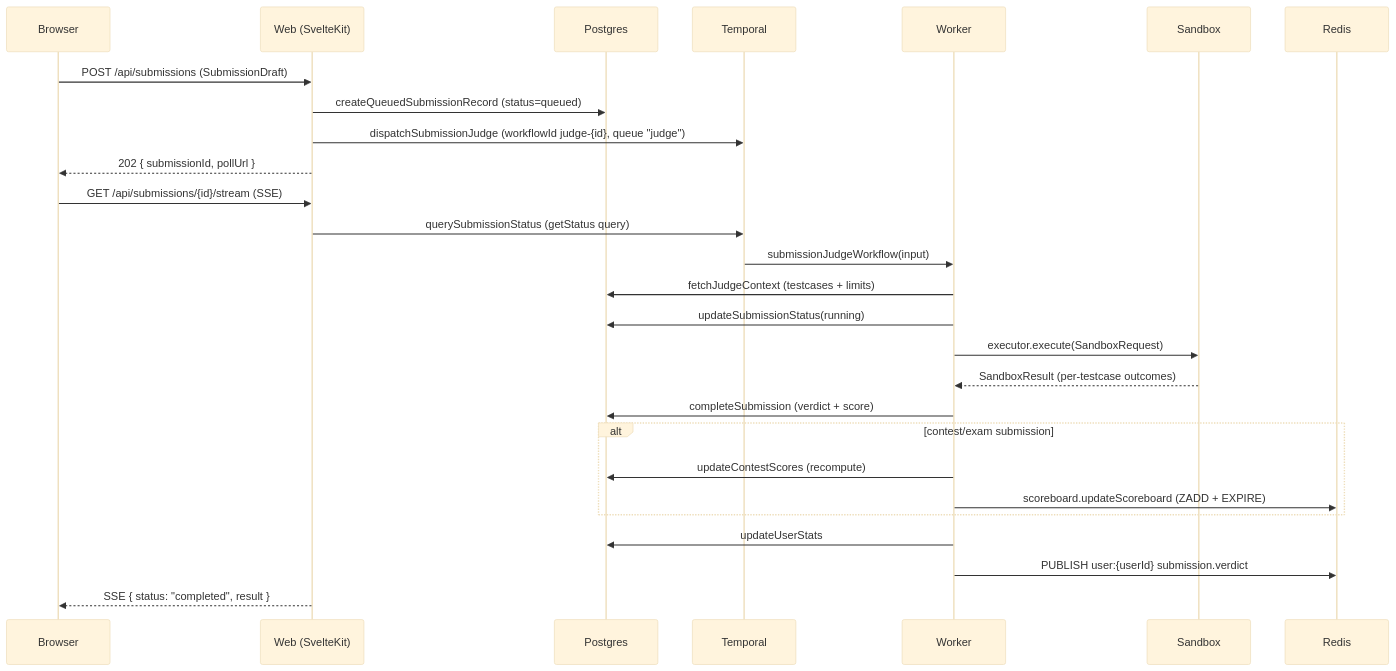
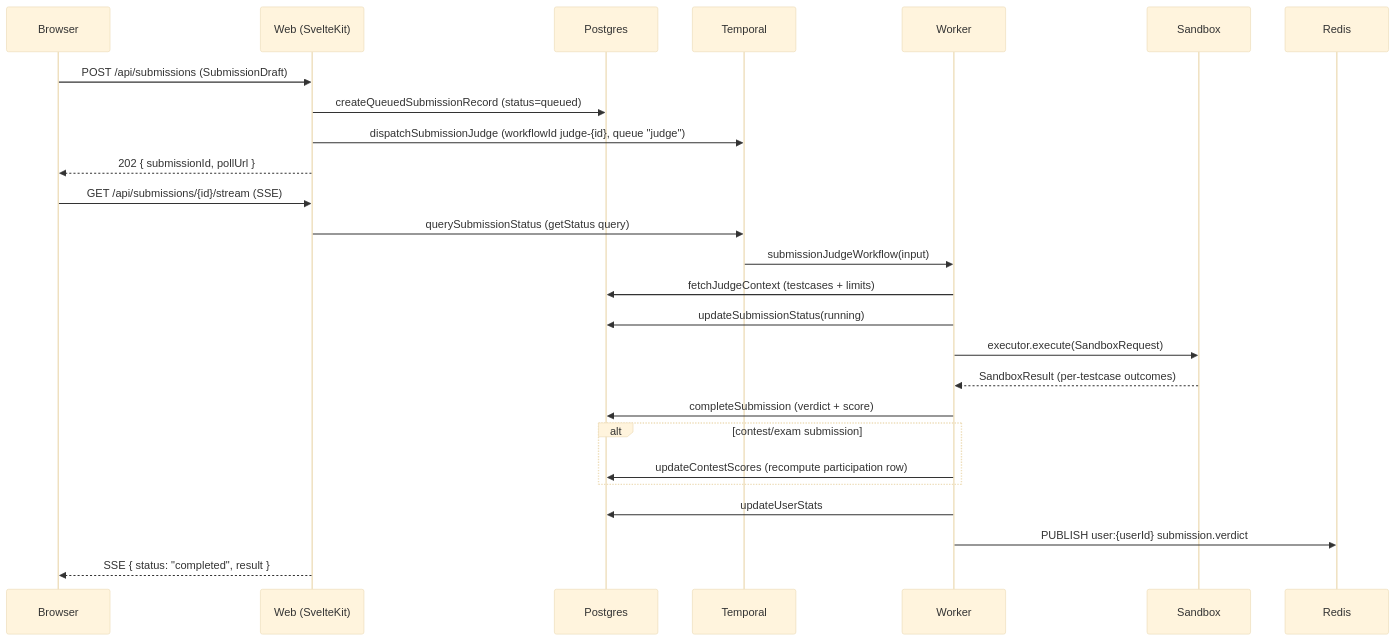
Before and after one commit to NOJV-TW/NOJV: the first of 3 diagrams in docs/architecture/ARCHITECTURE.md, drawn with Mermaid (base theme). The commit also changed other lines of this file and 7 other files, not shown here.

````diff
--- a/docs/architecture/ARCHITECTURE.md
+++ b/docs/architecture/ARCHITECTURE.md
@@ -293,34 +292,33 @@
 ```mermaid
 sequenceDiagram
     participant Browser
     participant Web as Web (SvelteKit)
     participant Postgres
     participant Temporal
     participant Worker
     participant Sandbox
     participant Redis
 
     Browser->>Web: POST /api/submissions (SubmissionDraft)
     Web->>Postgres: createQueuedSubmissionRecord (status=queued)
     Web->>Temporal: dispatchSubmissionJudge (workflowId judge-{id}, queue "judge")
     Web-->>Browser: 202 { submissionId, pollUrl }
 
     Browser->>Web: GET /api/submissions/{id}/stream (SSE)
     Web->>Temporal: querySubmissionStatus (getStatus query)
 
     Temporal->>Worker: submissionJudgeWorkflow(input)
     Worker->>Postgres: fetchJudgeContext (testcases + limits)
     Worker->>Postgres: updateSubmissionStatus(running)
     Worker->>Sandbox: executor.execute(SandboxRequest)
     Sandbox-->>Worker: SandboxResult (per-testcase outcomes)
     Worker->>Postgres: completeSubmission (verdict + score)
 
     alt contest/exam submission
-        Worker->>Postgres: updateContestScores (recompute)
-        Worker->>Redis: scoreboard.updateScoreboard (ZADD + EXPIRE)
+        Worker->>Postgres: updateContestScores (recompute participation row)
     end
 
     Worker->>Postgres: updateUserStats
     Worker->>Redis: PUBLISH user:{userId} submission.verdict
     Web-->>Browser: SSE { status: "completed", result }
 ```
````
